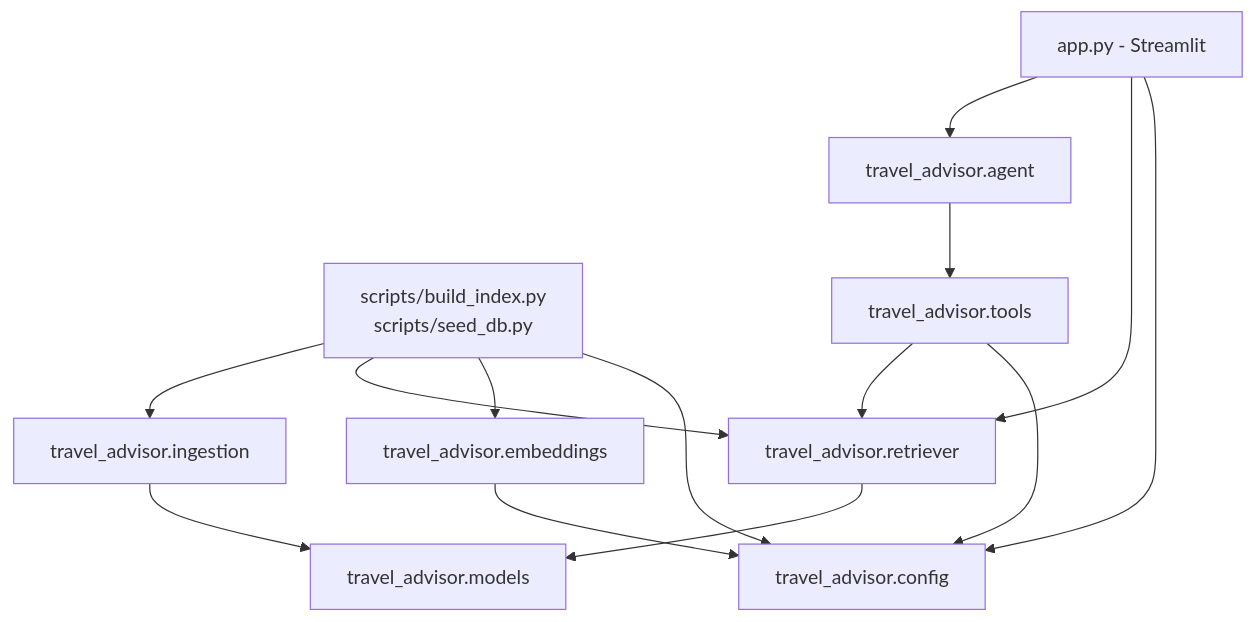
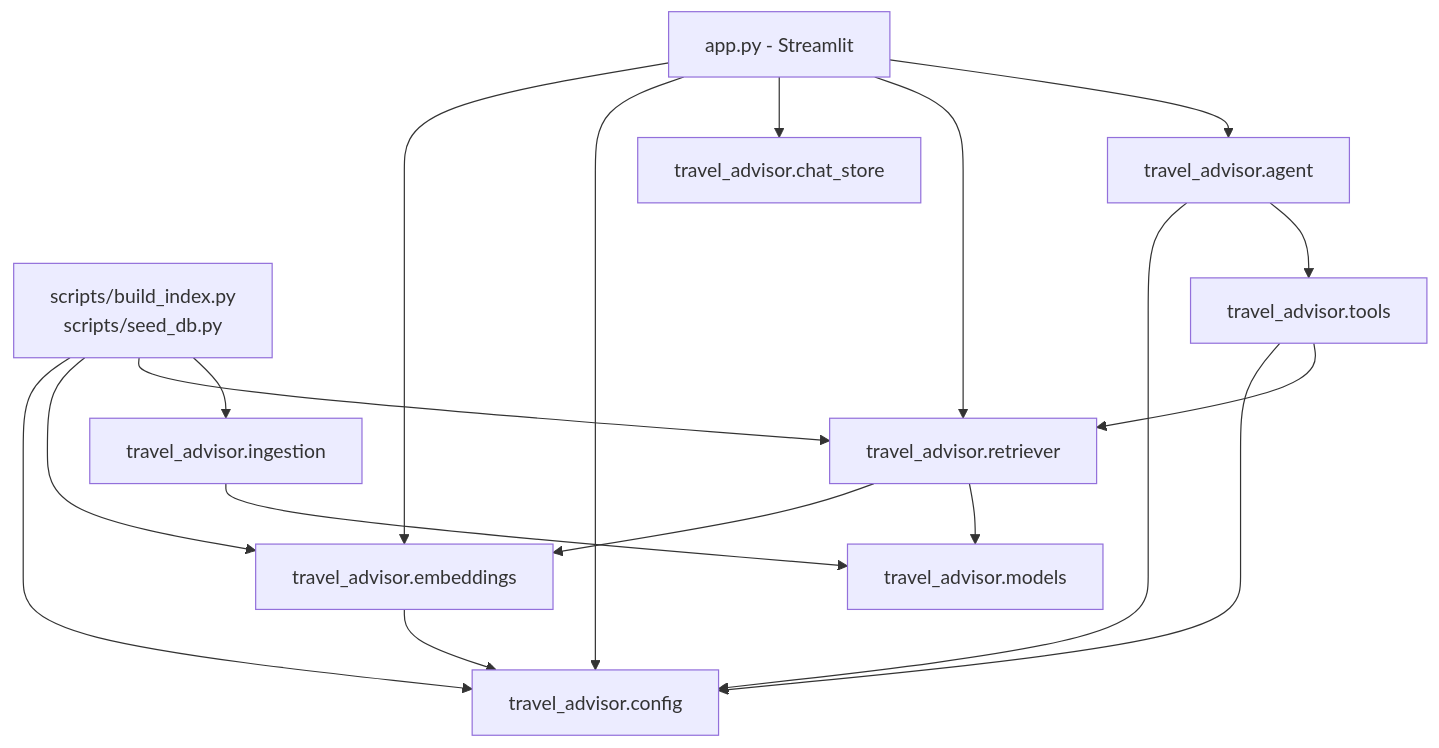
One commit to trietta1999/AIHack changed the fourth of 4 diagrams in docs/03-architecture.md. Above: the diagram before and after it, drawn with Mermaid. The commit also changed other lines of this file and 12 other files, not shown here.

````diff
--- a/docs/03-architecture.md
+++ b/docs/03-architecture.md
@@ -96,26 +102,31 @@
 ```mermaid
 flowchart TD
     app[app.py - Streamlit]
     cli[scripts/build_index.py<br/>scripts/seed_db.py]
     agent[travel_advisor.agent]
     tools[travel_advisor.tools]
     retr[travel_advisor.retriever]
     ing[travel_advisor.ingestion]
     emb[travel_advisor.embeddings]
+    chat[travel_advisor.chat_store]
     mod[travel_advisor.models]
     cfg[travel_advisor.config]
 
     app --> agent
     app --> retr
+    app --> chat
     app --> cfg
+    app --> emb
     cli --> ing
     cli --> retr
     cli --> emb
     cli --> cfg
     agent --> tools
+    agent --> cfg
     tools --> retr
     tools --> cfg
     retr --> mod
+    retr --> emb
     ing --> mod
     emb --> cfg
 ```
````
